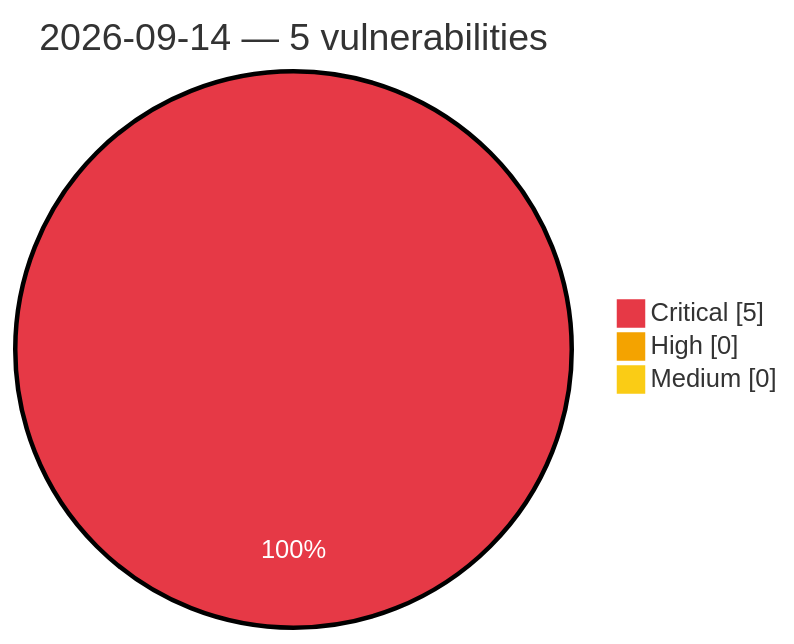
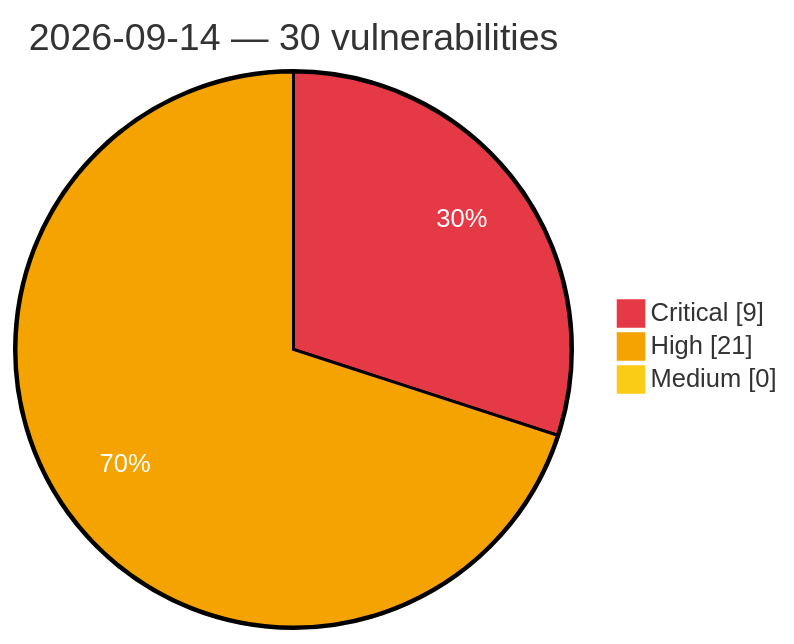
The diagram in vulnerabilities/2026/September/2026-09-14.md (GhostX0X/vuln-tracker), drawn with Mermaid before and after one commit. The commit also changed other lines of this file and 5 other files, not shown here.

Commit message:
Auto update: critical/high vulns (2026-09-14 10:52 UTC)

````diff
--- a/vulnerabilities/2026/September/2026-09-14.md
+++ b/vulnerabilities/2026/September/2026-09-14.md
@@ -3,8 +3,8 @@
 ```mermaid
 %%{init: {'theme':'base', 'themeVariables': {'pie1':'#e63946', 'pie2':'#f4a300', 'pie3':'#facc15', 'pieOpacity':'1', 'pieOuterStrokeWidth':'2px', 'pieSectionTextColor':'#ffffff'}}}%%
 pie showData
-    title 2026-09-14 — 5 vulnerabilities
-    "Critical" : 5
-    "High" : 0
+    title 2026-09-14 — 30 vulnerabilities
+    "Critical" : 9
+    "High" : 21
     "Medium" : 0
 ```
````
